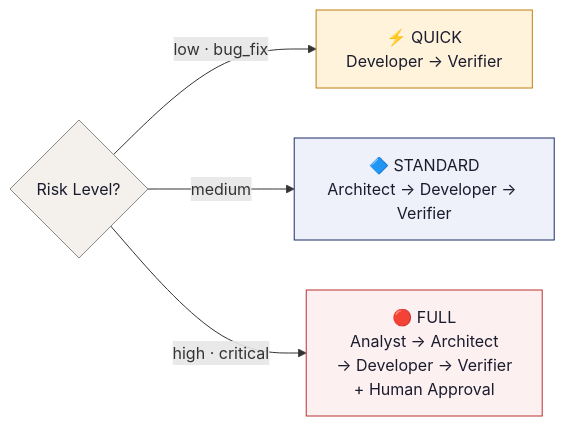
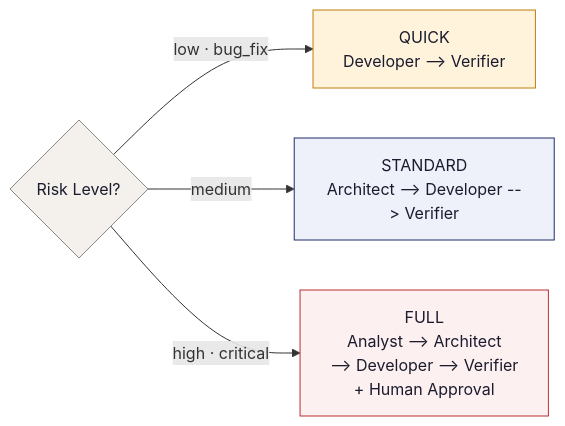
Before and after one commit to javierhbr/agnostic-agent-loop: the third of 3 diagrams in docs/sdd-mcp/operation model/one-pager-01.md, drawn with Mermaid. The commit also changed other lines of this file and 62 other files, not shown here.

````diff
--- a/docs/sdd-mcp/operation model/one-pager-01.md
+++ b/docs/sdd-mcp/operation model/one-pager-01.md
@@ -171,13 +212,13 @@
 ```mermaid
 flowchart LR
     RL{Risk Level?}
 
-    RL -->|"low · bug_fix"| Q["⚡ QUICK\nDeveloper → Verifier"]
-    RL -->|medium| S["🔷 STANDARD\nArchitect → Developer → Verifier"]
-    RL -->|"high · critical"| F["🔴 FULL\nAnalyst → Architect\n→ Developer → Verifier\n+ Human Approval"]
+    RL -->|"low · bug_fix"| Q["QUICK\nDeveloper --> Verifier"]
+    RL -->|medium| S["STANDARD\nArchitect --> Developer --> Verifier"]
+    RL -->|"high · critical"| F["FULL\nAnalyst --> Architect\n--> Developer --> Verifier\n+ Human Approval"]
 
     style Q fill:#fff3dc,stroke:#c47d0e,color:#1a1c2e
     style S fill:#eef0fa,stroke:#1e2d6b,color:#1a1c2e
     style F fill:#fdf0f0,stroke:#b93030,color:#1a1c2e
     style RL fill:#f4f1ec,stroke:#888,color:#1a1c2e
 ```
````
